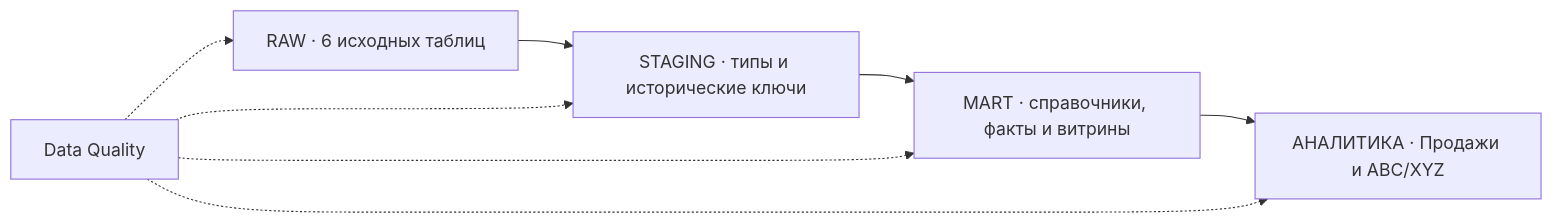
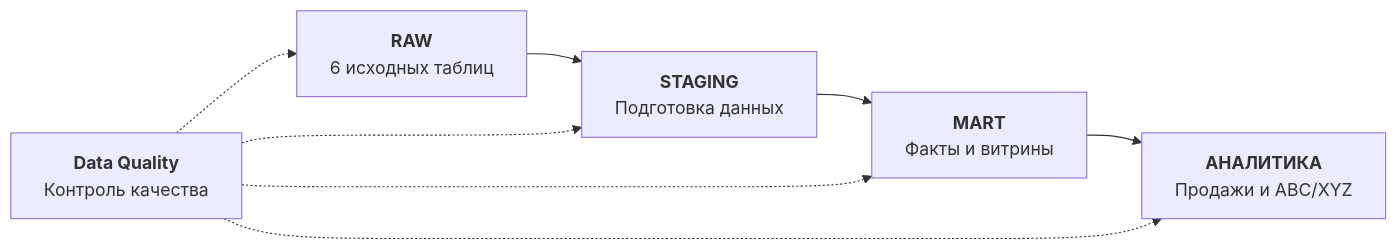
One commit to Olyshon/olenenka-dwh changed the diagram in README.md. Above: the diagram before and after it, drawn with Mermaid.

````diff
--- a/README.md
+++ b/README.md
@@ -7,15 +7,15 @@
 ```mermaid
 flowchart LR
-    R["RAW · 6 исходных таблиц"]
-    S["STAGING · типы и исторические ключи"]
-    M["MART · справочники, факты и витрины"]
-    B["АНАЛИТИКА · Продажи и ABC/XYZ"]
+    R["<b>RAW</b><br/>6 исходных таблиц"]
+    S["<b>STAGING</b><br/>Подготовка данных"]
+    M["<b>MART</b><br/>Факты и витрины"]
+    B["<b>АНАЛИТИКА</b><br/>Продажи и ABC/XYZ"]
+    Q["<b>Data Quality</b><br/>Контроль качества"]
 
     R --> S --> M --> B
 
-    Q["Data Quality"]
     Q -.-> R
     Q -.-> S
     Q -.-> M
     Q -.-> B
 ```
````
